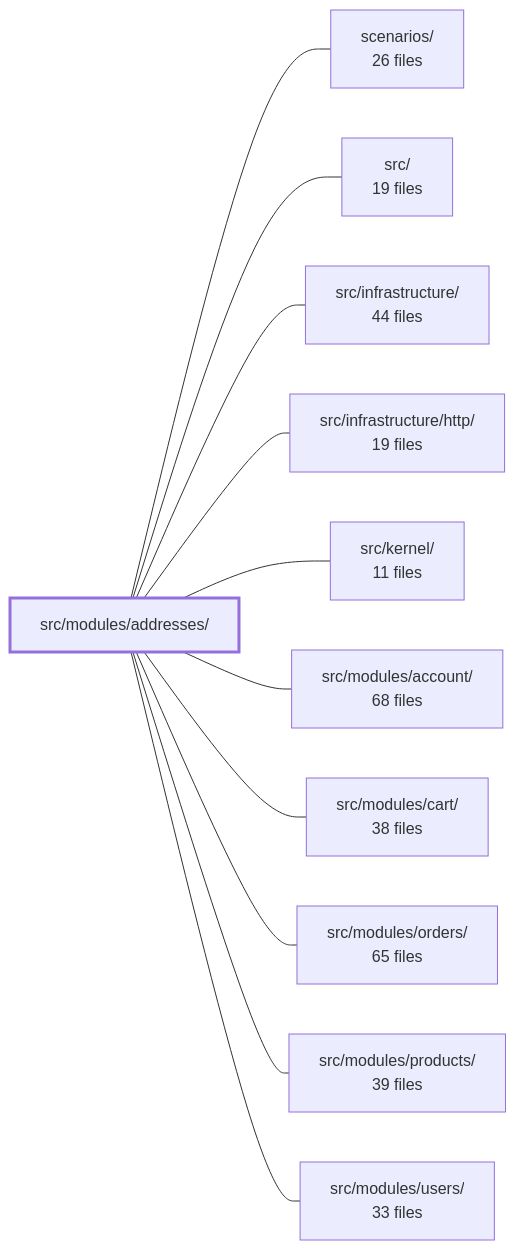
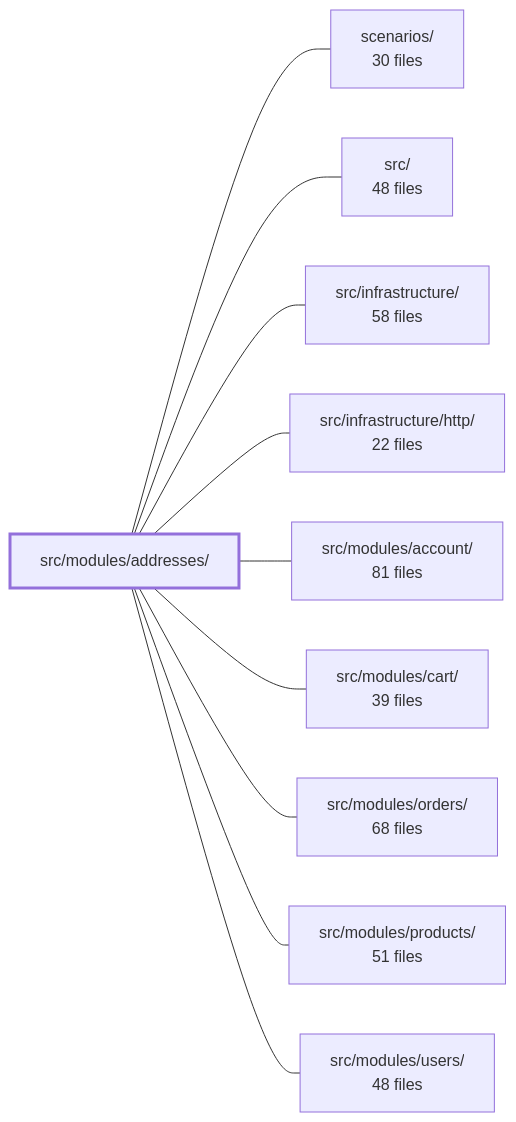
One commit to Guebbit/boilerplate-node-backend changed the diagram in .2brain/modules/boilerplate-node-backend_src_modules_addresses.md. Above: the diagram before and after it, drawn with Mermaid. The commit also changed other lines of this file and 187 other files, not shown here.

````diff
--- a/.2brain/modules/boilerplate-node-backend_src_modules_addresses.md
+++ b/.2brain/modules/boilerplate-node-backend_src_modules_addresses.md
@@ -40,25 +40,23 @@
 ```mermaid
 flowchart LR
     m_src_modules_addresses["src/modules/addresses/"]
-    m_scenarios["scenarios/<br/>26 files"]
-    m_src["src/<br/>19 files"]
-    m_src_infrastructure["src/infrastructure/<br/>44 files"]
-    m_src_infrastructure_http["src/infrastructure/http/<br/>19 files"]
-    m_src_kernel["src/kernel/<br/>11 files"]
-    m_src_modules_account["src/modules/account/<br/>68 files"]
-    m_src_modules_cart["src/modules/cart/<br/>38 files"]
-    m_src_modules_orders["src/modules/orders/<br/>65 files"]
-    m_src_modules_products["src/modules/products/<br/>39 files"]
-    m_src_modules_users["src/modules/users/<br/>33 files"]
+    m_scenarios["scenarios/<br/>30 files"]
+    m_src["src/<br/>48 files"]
+    m_src_infrastructure["src/infrastructure/<br/>58 files"]
+    m_src_infrastructure_http["src/infrastructure/http/<br/>22 files"]
+    m_src_modules_account["src/modules/account/<br/>81 files"]
+    m_src_modules_cart["src/modules/cart/<br/>39 files"]
+    m_src_modules_orders["src/modules/orders/<br/>68 files"]
+    m_src_modules_products["src/modules/products/<br/>51 files"]
+    m_src_modules_users["src/modules/users/<br/>48 files"]
     m_src_modules_addresses --- m_scenarios
     m_src_modules_addresses --- m_src
     m_src_modules_addresses --- m_src_infrastructure
     m_src_modules_addresses --- m_src_infrastructure_http
-    m_src_modules_addresses --- m_src_kernel
     m_src_modules_addresses --- m_src_modules_account
     m_src_modules_addresses --- m_src_modules_cart
     m_src_modules_addresses --- m_src_modules_orders
     m_src_modules_addresses --- m_src_modules_products
     m_src_modules_addresses --- m_src_modules_users
     style m_src_modules_addresses stroke-width:3px
 ```
````
